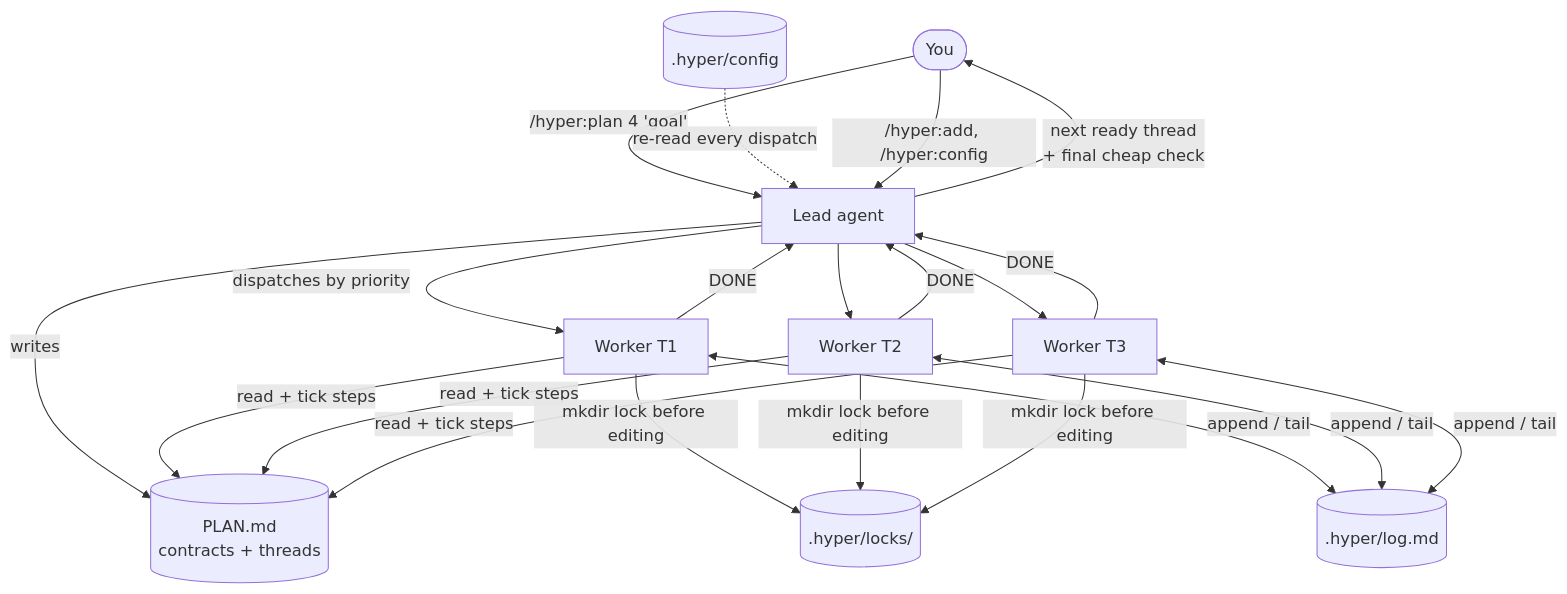
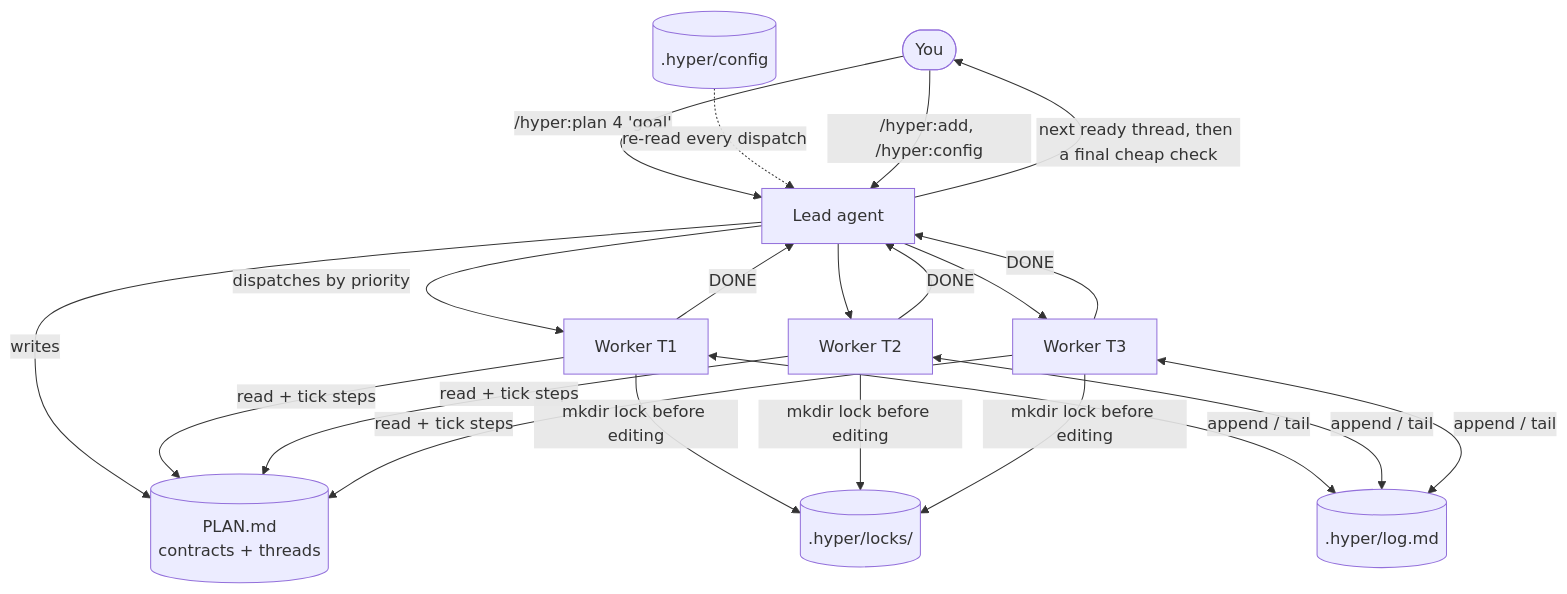
Before and after one commit to grplyler/hyperdo: the diagram in README.md, drawn with Mermaid. The commit also changed other lines of this file and 2 other files, not shown here.

````diff
--- a/README.md
+++ b/README.md
@@ -112,15 +81,15 @@
 ```mermaid
 flowchart TD
     U([You]) -->|"/hyper:plan 4 'goal'"| L[Lead agent]
     L -->|writes| P[(PLAN.md<br/>contracts + threads)]
     L -->|dispatches by priority| W1[Worker T1]
     L --> W2[Worker T2]
     L --> W3[Worker T3]
     W1 & W2 & W3 -->|read + tick steps| P
     W1 & W2 & W3 -->|mkdir lock before editing| K[(.hyper/locks/)]
     W1 & W2 & W3 <-->|append / tail| G[(.hyper/log.md)]
     C[(.hyper/config)] -.->|re-read every dispatch| L
     U -->|"/hyper:add, /hyper:config"| L
     W1 & W2 & W3 -->|DONE| L
-    L -->|next ready thread<br/>+ final cheap check| U
+    L -->|"next ready thread, then a final cheap check"| U
 ```
````
